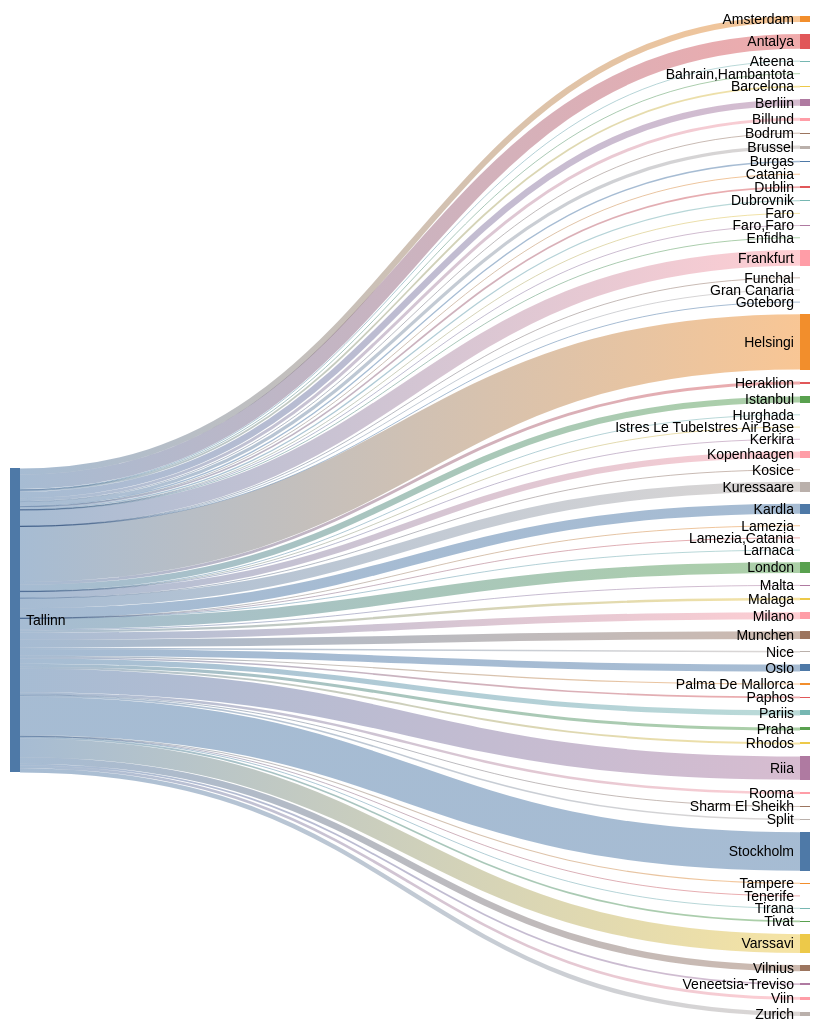
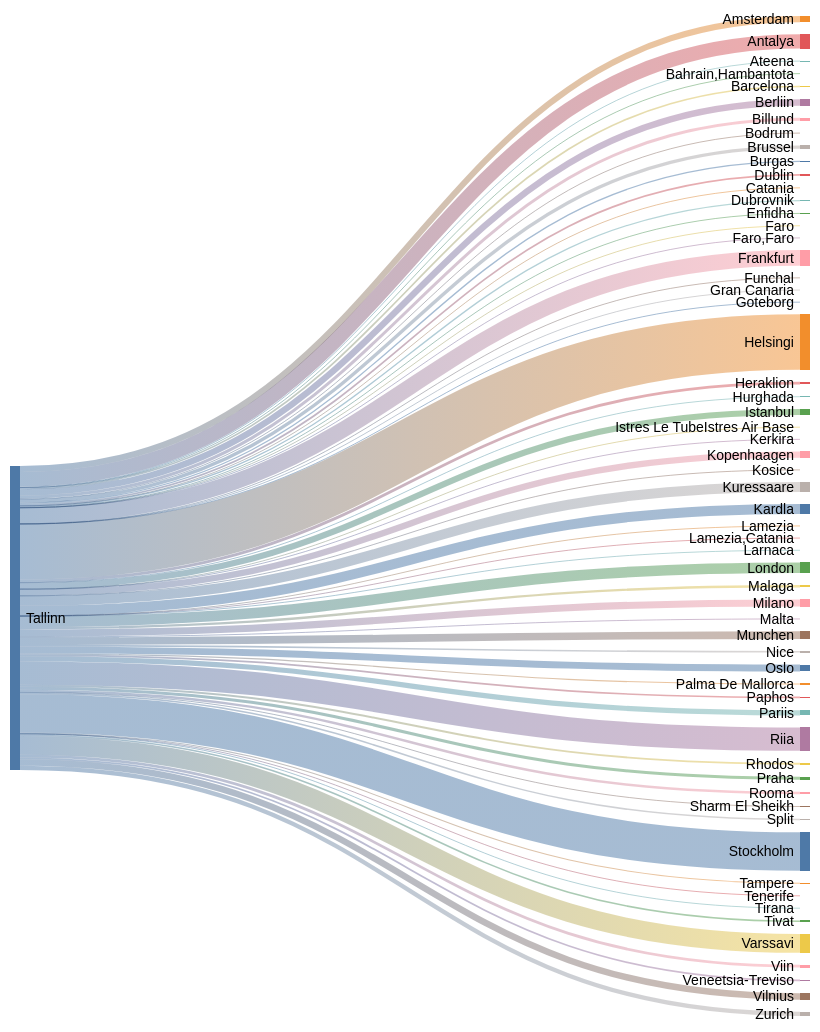
The second of 2 diagrams in README.md (rainermesi/tll-airport-departures), drawn with Mermaid (neutral theme) before and after one commit. The commit also changed other lines of this file, not shown here.

````diff
--- a/README.md
+++ b/README.md
@@ -34,72 +34,72 @@
 ```mermaid
 ---
 config:
   sankey:
     showValues: false
     width: 800
     height: 1000
 ---
 sankey-beta
 %% source,target,value
-Tallinn,Amsterdam,97
-Tallinn,Antalya,235
+Tallinn,Amsterdam,99
+Tallinn,Antalya,236
 Tallinn,Ateena,16
 Tallinn,"Bahrain,Hambantota",1
 Tallinn,Barcelona,28
-Tallinn,Berliin,103
+Tallinn,Berliin,104
 Tallinn,Billund,49
 Tallinn,Bodrum,11
-Tallinn,Brussel,54
+Tallinn,Brussel,55
 Tallinn,Burgas,21
 Tallinn,Catania,2
-Tallinn,Dublin,27
+Tallinn,Dublin,28
 Tallinn,Dubrovnik,21
 Tallinn,Enfidha,7
 Tallinn,Faro,4
 Tallinn,"Faro,Faro",1
-Tallinn,Frankfurt,255
-Tallinn,Funchal,2
+Tallinn,Frankfurt,258
+Tallinn,Funchal,3
 Tallinn,Gran Canaria,3
 Tallinn,Goteborg,1
-Tallinn,Helsingi,896
+Tallinn,Helsingi,905
 Tallinn,Heraklion,46
 Tallinn,Hurghada,7
-Tallinn,Istanbul,100
+Tallinn,Istanbul,101
 Tallinn,Istres Le TubeIstres Air Base,2
 Tallinn,Kerkira,4
-Tallinn,Kopenhaagen,103
+Tallinn,Kopenhaagen,104
 Tallinn,Kosice,1
-Tallinn,Kuressaare,161
-Tallinn,Kardla,161
+Tallinn,Kuressaare,163
+Tallinn,Kardla,163
 Tallinn,Lamezia,1
 Tallinn,"Lamezia,Catania",3
 Tallinn,Larnaca,4
-Tallinn,London,173
+Tallinn,London,174
 Tallinn,Malaga,39
 Tallinn,Malta,14
-Tallinn,Milano,114
+Tallinn,Milano,115
 Tallinn,Munchen,124
 Tallinn,Nice,25
-Tallinn,Oslo,112
+Tallinn,Oslo,113
 Tallinn,Palma De Mallorca,19
-Tallinn,Paphos,26
-Tallinn,Pariis,84
+Tallinn,Paphos,27
+Tallinn,Pariis,85
 Tallinn,Praha,49
 Tallinn,Rhodos,32
-Tallinn,Riia,377
+Tallinn,Riia,381
 Tallinn,Rooma,40
 Tallinn,Sharm El Sheikh,8
 Tallinn,Split,25
-Tallinn,Stockholm,623
+Tallinn,Stockholm,626
 Tallinn,Tampere,17
-Tallinn,Tenerife,3
+Tallinn,Tenerife,4
 Tallinn,Tirana,8
 Tallinn,Tivat,26
-Tallinn,Varssavi,303
+Tallinn,Varssavi,306
 Tallinn,Veneetsia-Treviso,28
-Tallinn,Viin,44
-Tallinn,Vilnius,104
-Tallinn,Zurich,70
+Tallinn,Viin,45
+Tallinn,Vilnius,105
+Tallinn,Zurich,71
 
 
 ```
````
